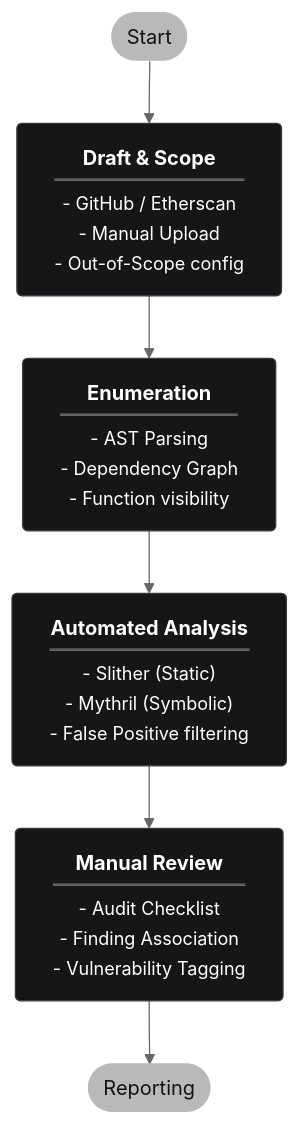
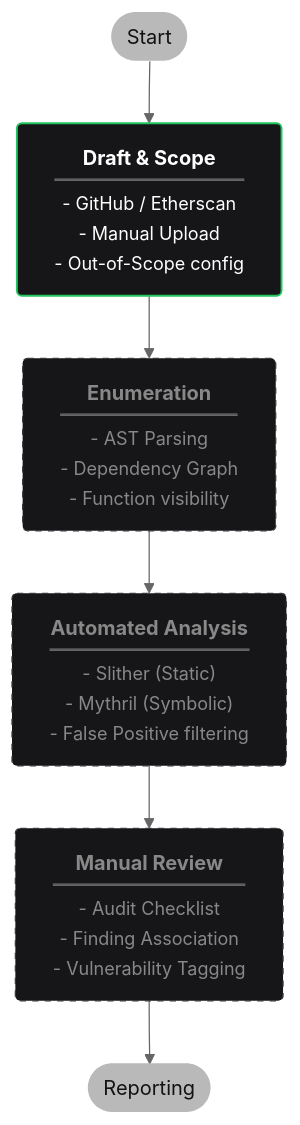
The diagram in README.md (Solaudity-Corp/solaudity), drawn with Mermaid (neutral theme) before and after one commit. The commit also changed other lines of this file and 1 other file, not shown here.

````diff
--- a/README.md
+++ b/README.md
@@ -66,23 +75,25 @@
 ```mermaid
 graph TD
     %% Styles
     classDef step fill:#161618,stroke:#3a3a3e,stroke-width:1px,color:#fff,rx:4,ry:4,text-align:center;
+    classDef done fill:#161618,stroke:#22c55e,stroke-width:1.5px,color:#fff,rx:4,ry:4,text-align:center;
+    classDef planned fill:#161618,stroke:#3a3a3e,stroke-width:1px,stroke-dasharray:5 5,color:#888,rx:4,ry:4,text-align:center;
     classDef startend fill:#b9b9b9,stroke:none,color:#121214,rx:10,ry:10;
 
     %% Flow
     Start([Start]):::startend --> S1
-    
-    S1["<strong>Draft & Scope</strong><hr style='margin:5px -10px;border-top:1px solid #3a3a3e;opacity:0.5;'/><span style='font-size:0.9em'>- GitHub / Etherscan<br/>- Manual Upload<br/>- Out-of-Scope config</span>"]:::step
+
+    S1["<strong>Draft & Scope</strong><hr style='margin:5px -10px;border-top:1px solid #3a3a3e;opacity:0.5;'/><span style='font-size:0.9em'>- GitHub / Etherscan<br/>- Manual Upload<br/>- Out-of-Scope config</span>"]:::done
     S1 --> S2
-    
-    S2["<strong>Enumeration</strong><hr style='margin:5px -10px;border-top:1px solid #3a3a3e;opacity:0.5;'/><span style='font-size:0.9em'>- AST Parsing<br/>- Dependency Graph<br/>- Function visibility</span>"]:::step
+
+    S2["<strong>Enumeration</strong><hr style='margin:5px -10px;border-top:1px solid #3a3a3e;opacity:0.5;'/><span style='font-size:0.9em'>- AST Parsing<br/>- Dependency Graph<br/>- Function visibility</span>"]:::planned
     S2 --> S3
-    
-    S3["<strong>Automated Analysis</strong><hr style='margin:5px -10px;border-top:1px solid #3a3a3e;opacity:0.5;'/><span style='font-size:0.9em'>- Slither (Static)<br/>- Mythril (Symbolic)<br/>- False Positive filtering</span>"]:::step
+
+    S3["<strong>Automated Analysis</strong><hr style='margin:5px -10px;border-top:1px solid #3a3a3e;opacity:0.5;'/><span style='font-size:0.9em'>- Slither (Static)<br/>- Mythril (Symbolic)<br/>- False Positive filtering</span>"]:::planned
     S3 --> S4
-    
-    S4["<strong>Manual Review</strong><hr style='margin:5px -10px;border-top:1px solid #3a3a3e;opacity:0.5;'/><span style='font-size:0.9em'>- Audit Checklist<br/>- Finding Association<br/>- Vulnerability Tagging</span>"]:::step
+
+    S4["<strong>Manual Review</strong><hr style='margin:5px -10px;border-top:1px solid #3a3a3e;opacity:0.5;'/><span style='font-size:0.9em'>- Audit Checklist<br/>- Finding Association<br/>- Vulnerability Tagging</span>"]:::planned
     S4 --> S5
-    
+
     S5([Reporting]):::startend
 ```
````
